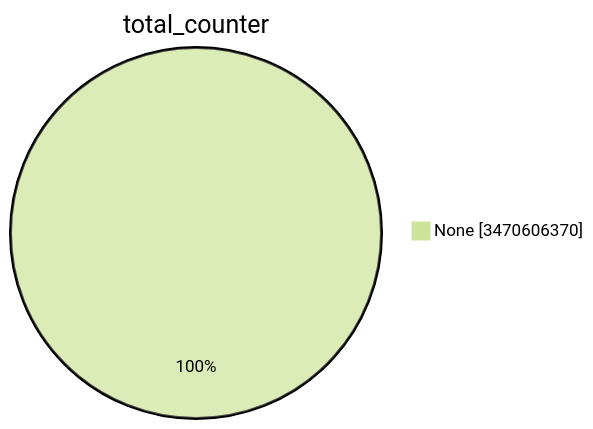
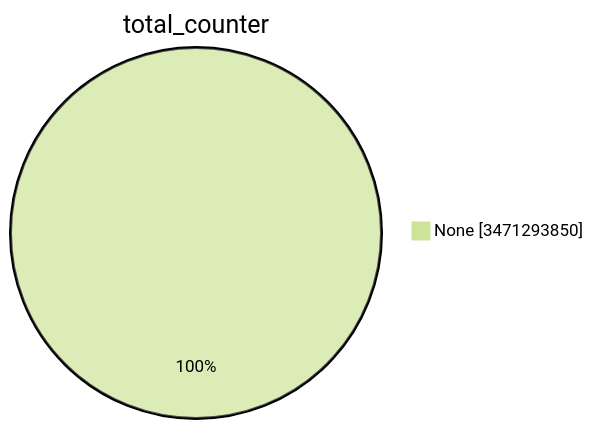
One commit to christiankrug/ctmonitor_visualization changed the first of 15 diagrams in TOTAL/README.md. Above: the diagram before and after it, drawn with Mermaid (forest theme). The commit also changed other lines of this file, not shown here.

````diff
--- a/TOTAL/README.md
+++ b/TOTAL/README.md
@@ -1,5 +1,5 @@
 ```mermaid
 pie showData
 title total_counter
-"None" :3470606370
+"None" :3471293850
 ```
````
